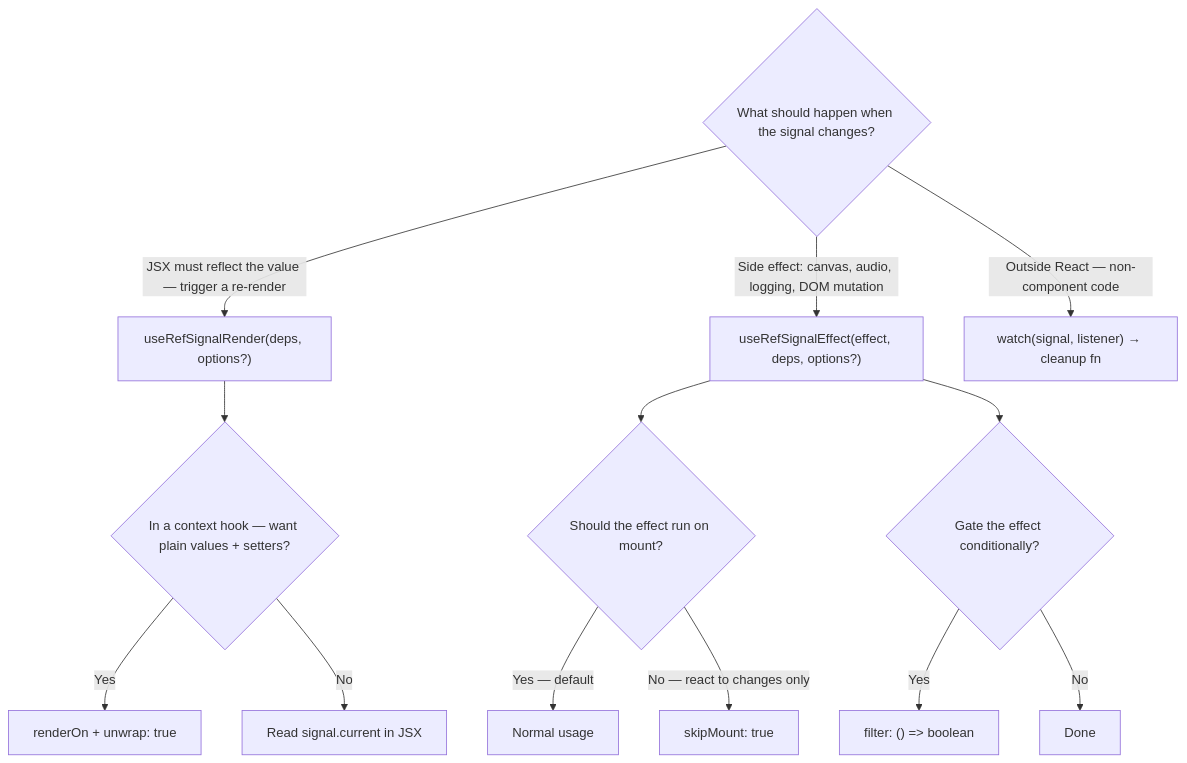
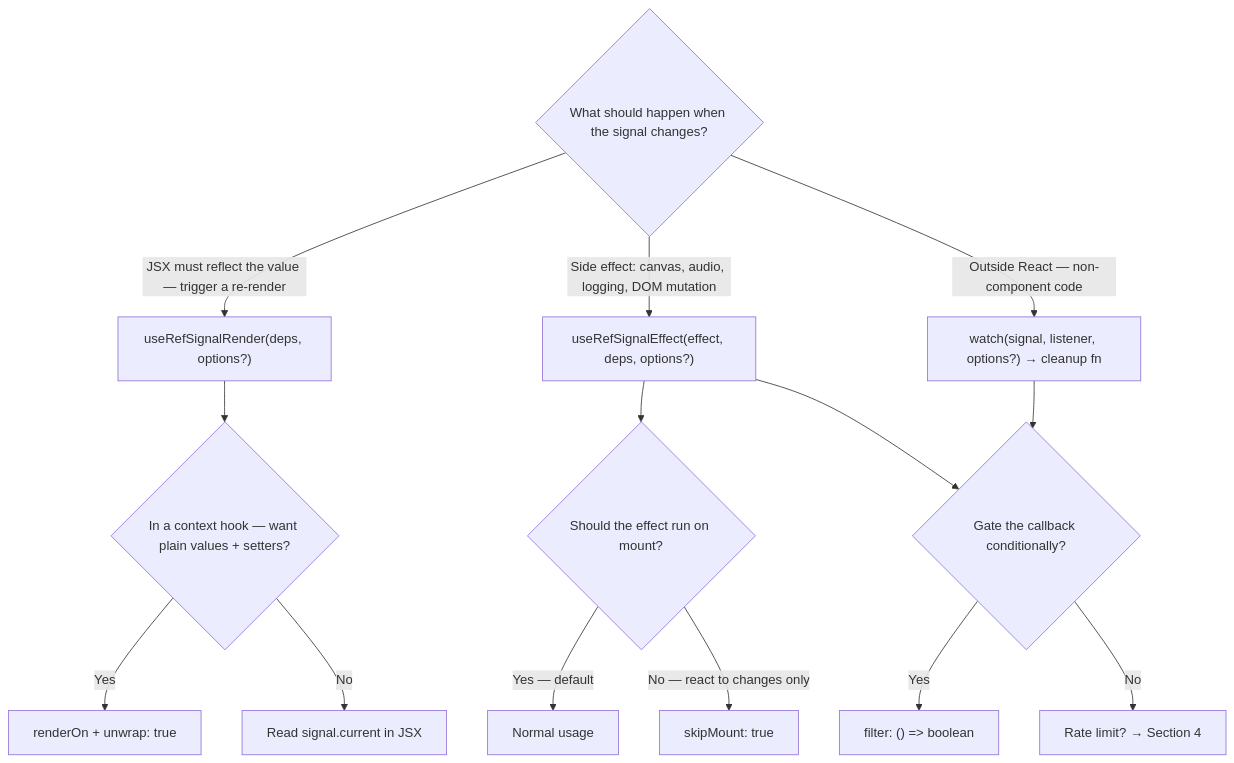
One commit to jav974/react-refsignal changed the third of 9 diagrams in docs/decision-tree.md. Above: the diagram before and after it, drawn with Mermaid. The commit also changed other lines of this file and 10 other files, not shown here.

First line of the commit message:
refactor: consolidate timing dispatch into applyTimingOptions; extend watch() with WatchOptions

````diff
--- a/docs/decision-tree.md
+++ b/docs/decision-tree.md
@@ -63,20 +63,20 @@
 ```mermaid
 flowchart TD
     Q1{"What should happen when the signal changes?"}
 
     Q1 -->|"JSX must reflect the value — trigger a re-render"| A["useRefSignalRender(deps, options?)"]
     Q1 -->|"Side effect: canvas, audio, logging, DOM mutation"| B["useRefSignalEffect(effect, deps, options?)"]
-    Q1 -->|"Outside React — non-component code"| C["watch(signal, listener) → cleanup fn"]
+    Q1 -->|"Outside React — non-component code"| C["watch(signal, listener, options?) → cleanup fn"]
 
     A --> Q2{"In a context hook — want plain values + setters?"}
     Q2 -->|Yes| D["renderOn + unwrap: true"]
     Q2 -->|No| E["Read signal.current in JSX"]
 
     B --> Q3{"Should the effect run on mount?"}
     Q3 -->|"Yes — default"| F[Normal usage]
     Q3 -->|"No — react to changes only"| G["skipMount: true"]
 
-    B --> Q4{"Gate the effect conditionally?"}
+    B & C --> Q4{"Gate the callback conditionally?"}
     Q4 -->|Yes| H["filter: () => boolean"]
-    Q4 -->|No| I[Done]
+    Q4 -->|No| I["Rate limit? → Section 4"]
 ```
````
